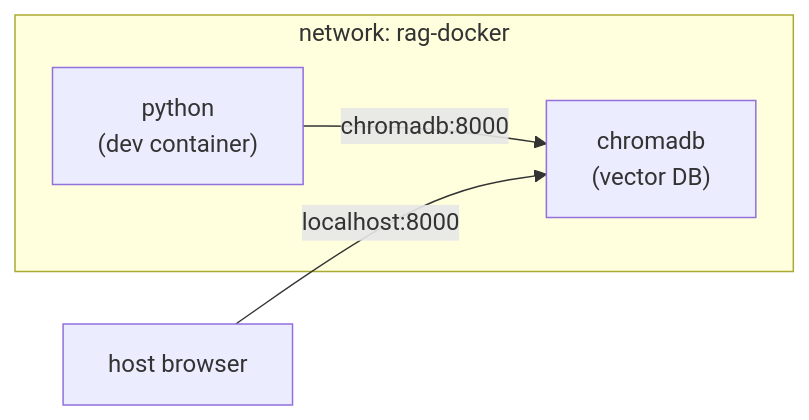
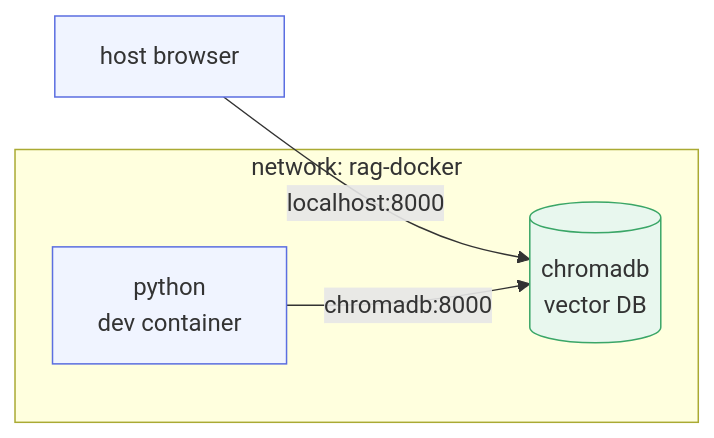
Before and after one commit to LinkedInLearning/docker-for-local-ai-app-development-build-lightweight-containerized-ai-applications-11189001: the diagram in chapter_3/l2/README.md, drawn with Mermaid. The commit also changed 4 other files, not shown here.

````diff
--- a/chapter_3/l2/README.md
+++ b/chapter_3/l2/README.md
@@ -98,7 +98,11 @@
 ```mermaid
 flowchart LR
+    H["host browser"] -- "localhost:8000" --> C
     subgraph net["network: rag-docker"]
-      P["python<br/>(dev container)"] -- "chromadb:8000" --> C["chromadb<br/>(vector DB)"]
+      P["python<br/>dev container"] -- "chromadb:8000" --> C[("chromadb<br/>vector DB")]
     end
-    H["host browser"] -- "localhost:8000" --> C
+    classDef yours fill:#f0f4ff,stroke:#5b6ee1,stroke-width:1px;
+    classDef store fill:#e8f7ee,stroke:#3aa667,stroke-width:1px;
+    class P,H yours;
+    class C store;
 ```
````
